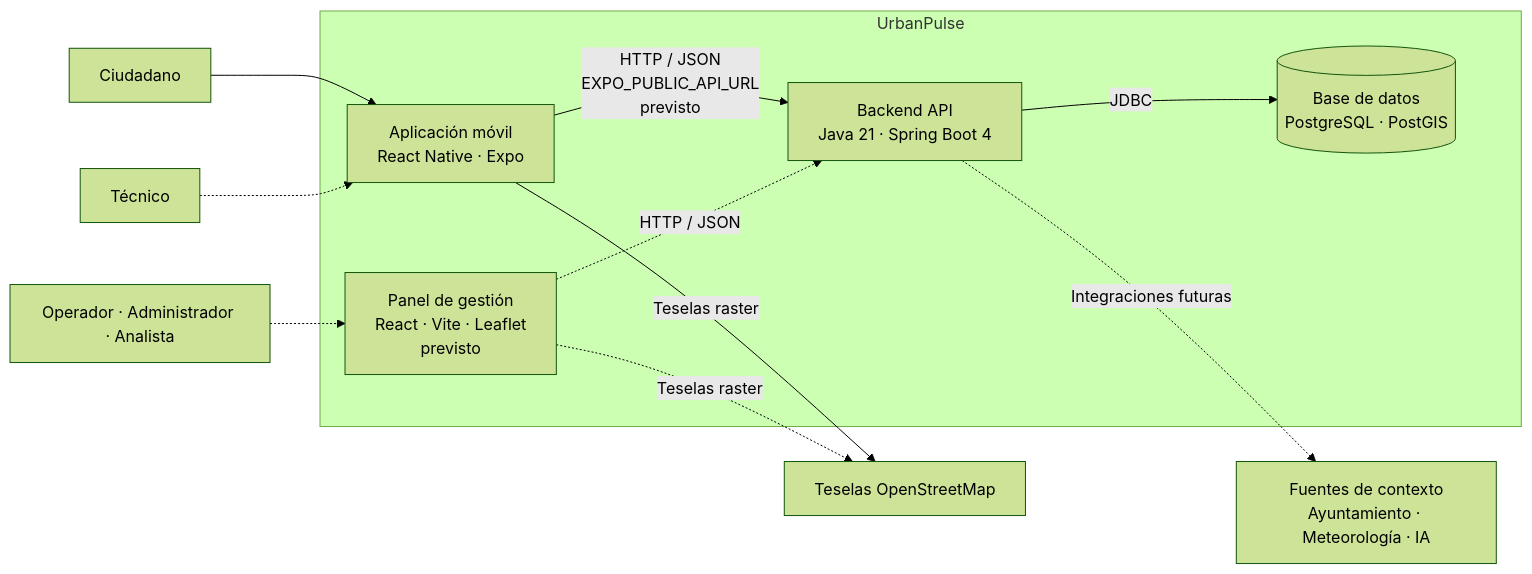
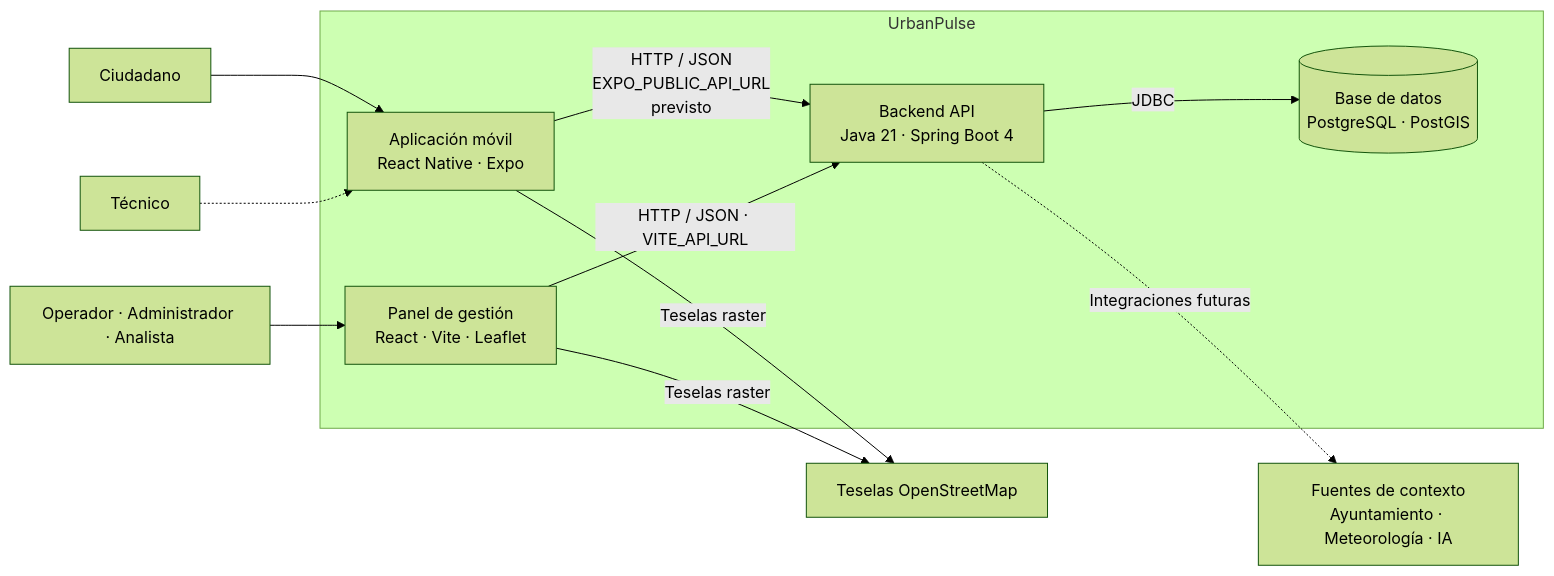
One commit to grupo-14-UMA/urbanpulse-incident-manager changed the second of 3 diagrams in docs/architecture.md. Above: the diagram before and after it, drawn with Mermaid (forest theme). The commit also changed other lines of this file and 19 other files, not shown here.

````diff
--- a/docs/architecture.md
+++ b/docs/architecture.md
@@ -59,26 +59,26 @@
 ```mermaid
 flowchart LR
     citizen[Ciudadano]
     technician[Técnico]
     staff[Operador · Administrador · Analista]
 
     subgraph system[UrbanPulse]
         mobile[Aplicación móvil<br/>React Native · Expo]
-        web[Panel de gestión<br/>React · Vite · Leaflet<br/>previsto]
+        web[Panel de gestión<br/>React · Vite · Leaflet]
         api[Backend API<br/>Java 21 · Spring Boot 4]
         db[(Base de datos<br/>PostgreSQL · PostGIS)]
     end
 
     osm[Teselas OpenStreetMap]
     data[Fuentes de contexto<br/>Ayuntamiento · Meteorología · IA]
 
     citizen --> mobile
     technician -.-> mobile
-    staff -.-> web
+    staff --> web
     mobile -->|HTTP / JSON<br/>EXPO_PUBLIC_API_URL<br/>previsto| api
-    web -.->|HTTP / JSON| api
+    web -->|HTTP / JSON · VITE_API_URL| api
     api -->|JDBC| db
     mobile -->|Teselas raster| osm
-    web -.->|Teselas raster| osm
+    web -->|Teselas raster| osm
     api -.->|Integraciones futuras| data
 ```
````
